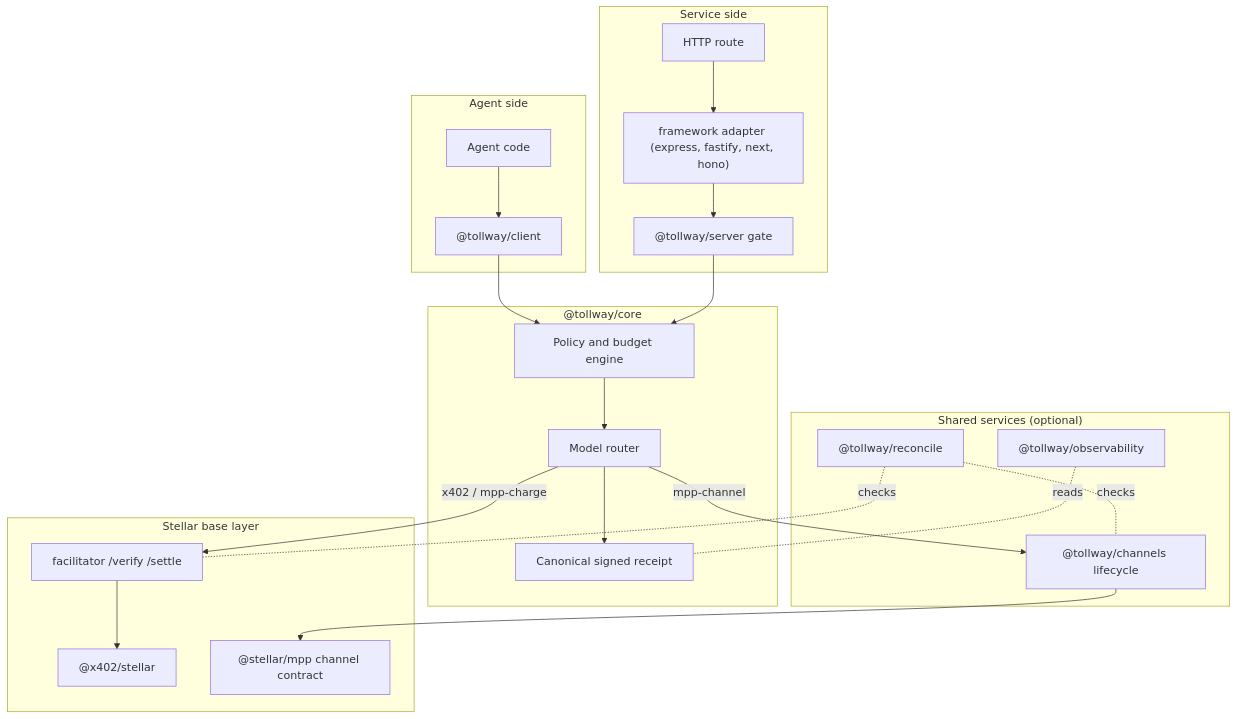
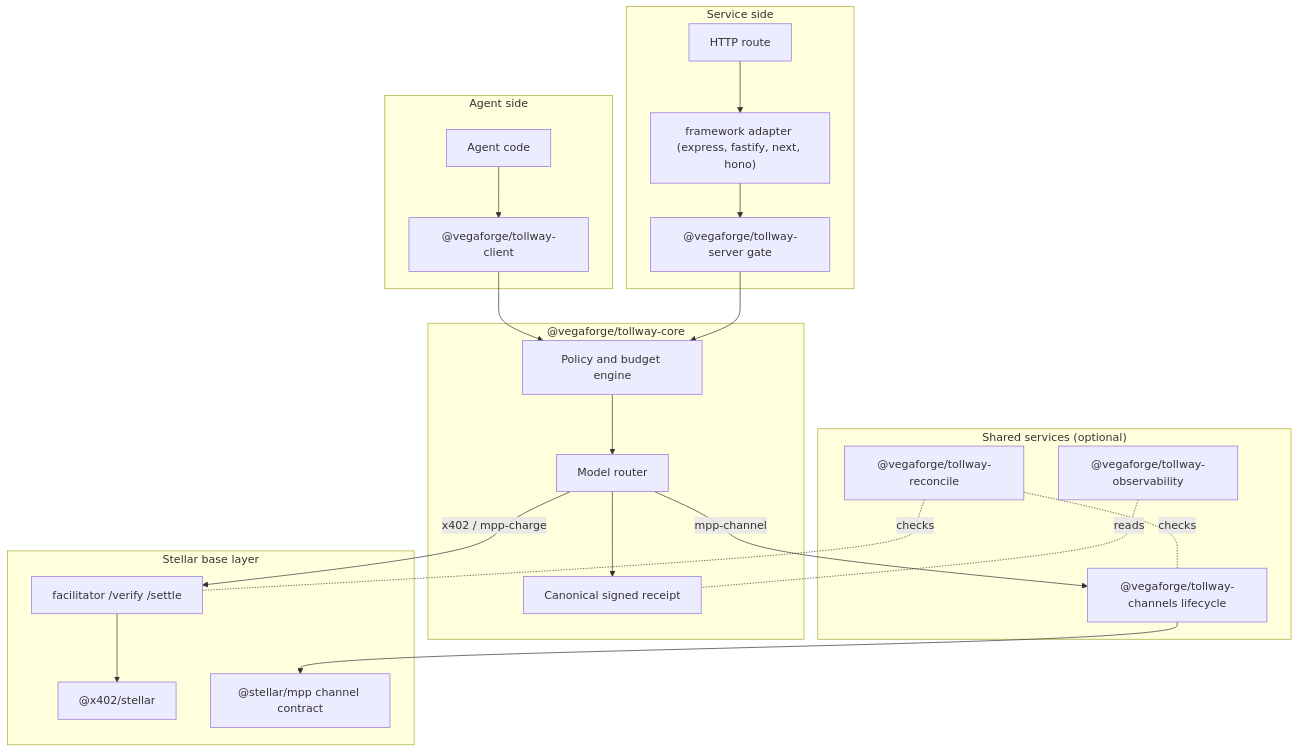
Before and after one commit to vegaforge/tollway: the first of 2 diagrams in README.md, drawn with Mermaid. The commit also changed other lines of this file and 119 other files, not shown here.

````diff
--- a/README.md
+++ b/README.md
@@ -39,44 +39,44 @@
 ```mermaid
 flowchart TB
   subgraph agent["Agent side"]
     AC[Agent code]
-    CL["@tollway/client"]
+    CL["@vegaforge/tollway-client"]
     AC --> CL
   end
 
   subgraph svc["Service side"]
     RT[HTTP route]
-    MW["@tollway/server gate"]
+    MW["@vegaforge/tollway-server gate"]
     AD["framework adapter (express, fastify, next, hono)"]
     RT --> AD --> MW
   end
 
-  subgraph core["@tollway/core"]
+  subgraph core["@vegaforge/tollway-core"]
     POL[Policy and budget engine]
     ROUTER[Model router]
     RCPT[Canonical signed receipt]
   end
 
   subgraph shared["Shared services (optional)"]
-    CHAN["@tollway/channels lifecycle"]
-    RECON["@tollway/reconcile"]
-    OBS["@tollway/observability"]
+    CHAN["@vegaforge/tollway-channels lifecycle"]
+    RECON["@vegaforge/tollway-reconcile"]
+    OBS["@vegaforge/tollway-observability"]
   end
 
   subgraph base["Stellar base layer"]
     FAC["facilitator /verify /settle"]
     X402["@x402/stellar"]
     MPP["@stellar/mpp channel contract"]
   end
 
   CL --> POL --> ROUTER
   MW --> POL
   ROUTER -->|x402 / mpp-charge| FAC
   ROUTER -->|mpp-channel| CHAN
   FAC --> X402
   CHAN --> MPP
   ROUTER --> RCPT
   RECON -.checks.- CHAN
   RECON -.checks.- FAC
   OBS -.reads.- RCPT
 ```
````
